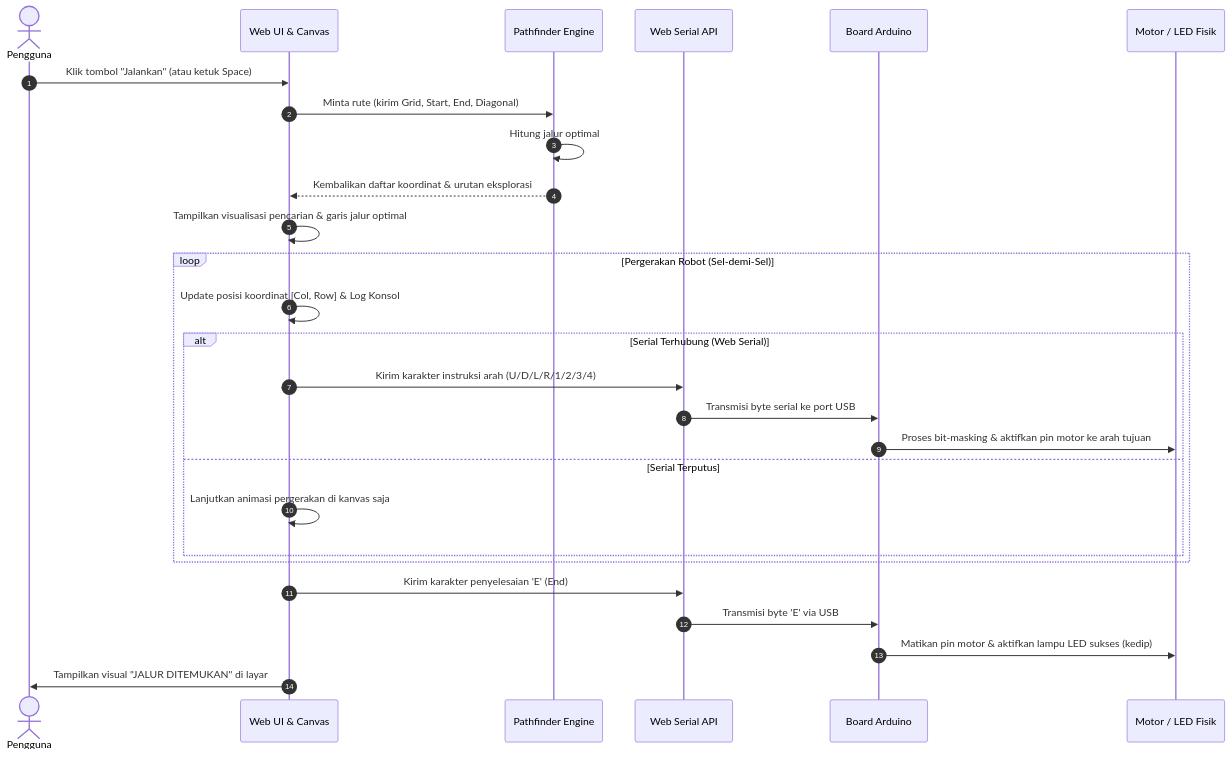
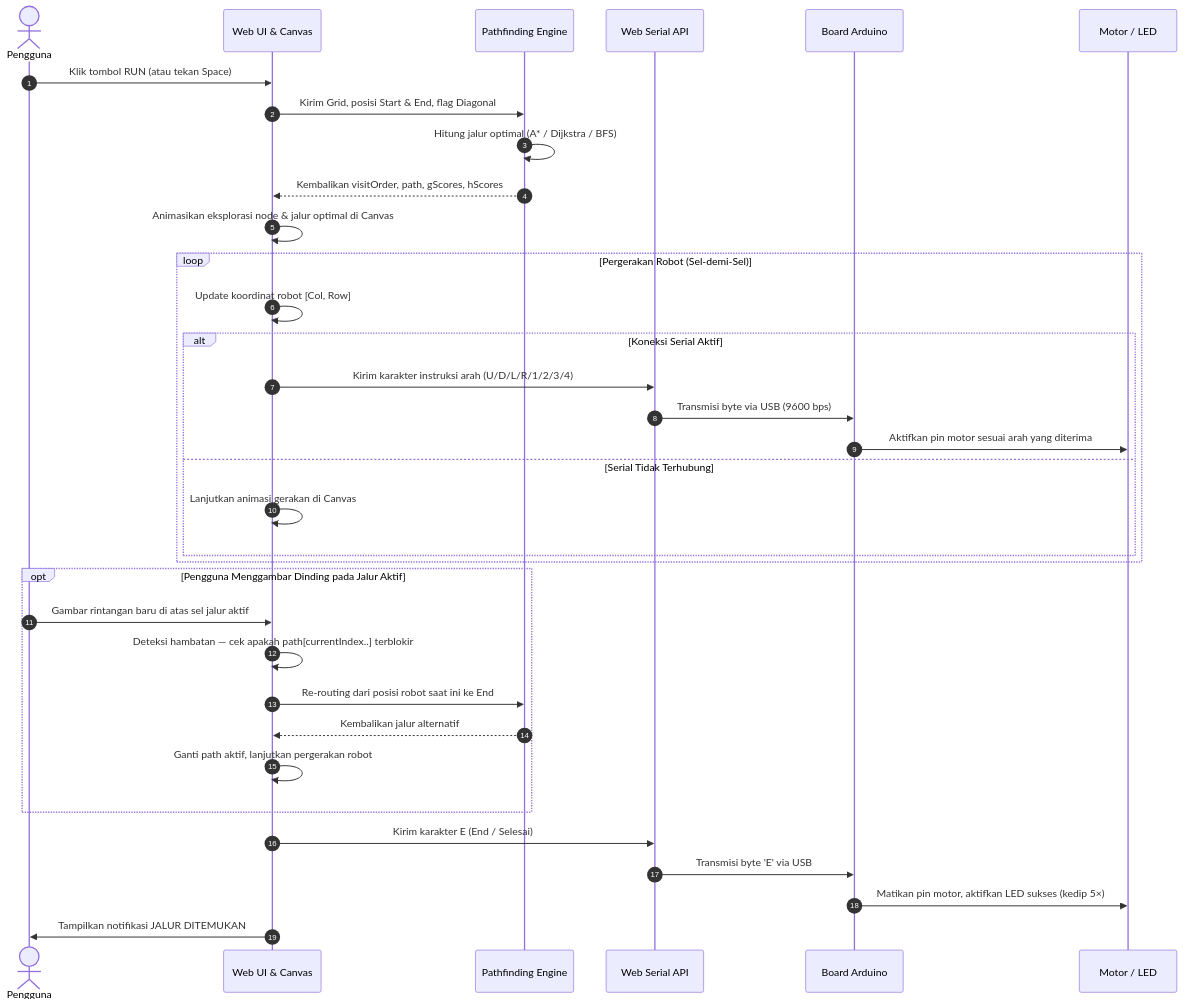
Before and after one commit to adnan-rabban/uas-arkom: the second of 3 diagrams in README.md, drawn with Mermaid. The commit also changed other lines of this file and 4 other files, not shown here.

Commit message:
feat & docs: fix Mermaid rendering in README and support Safari/Firefox via Virtual Serial Emulator

````diff
--- a/README.md
+++ b/README.md
@@ -110,32 +153,40 @@
 ```mermaid
 sequenceDiagram
     autonumber
     actor User as Pengguna
     participant WebUI as Web UI & Canvas
-    participant Solver as Pathfinder Engine
+    participant Solver as Pathfinding Engine
     participant Serial as Web Serial API
     participant Arduino as Board Arduino
-    participant Hardware as Motor / LED Fisik
+    participant Hardware as Motor / LED
 
-    User->>WebUI: Klik tombol "Jalankan" (atau ketuk Space)
-    WebUI->>Solver: Minta rute (kirim Grid, Start, End, Diagonal)
-    Solver->>Solver: Hitung jalur optimal
-    Solver-->>WebUI: Kembalikan daftar koordinat & urutan eksplorasi
-    WebUI->>WebUI: Tampilkan visualisasi pencarian & garis jalur optimal
-    
+    User->>WebUI: Klik tombol RUN (atau tekan Space)
+    WebUI->>Solver: Kirim Grid, posisi Start & End, flag Diagonal
+    Solver->>Solver: Hitung jalur optimal (A* / Dijkstra / BFS)
+    Solver-->>WebUI: Kembalikan visitOrder, path, gScores, hScores
+    WebUI->>WebUI: Animasikan eksplorasi node & jalur optimal di Canvas
+
     loop Pergerakan Robot (Sel-demi-Sel)
-        WebUI->>WebUI: Update posisi koordinat [Col, Row] & Log Konsol
-        alt Serial Terhubung (Web Serial)
+        WebUI->>WebUI: Update koordinat robot [Col, Row]
+        alt Koneksi Serial Aktif
             WebUI->>Serial: Kirim karakter instruksi arah (U/D/L/R/1/2/3/4)
-            Serial->>Arduino: Transmisi byte serial ke port USB
-            Arduino->>Hardware: Proses bit-masking & aktifkan pin motor ke arah tujuan
-        else Serial Terputus
-            WebUI->>WebUI: Lanjutkan animasi pergerakan di kanvas saja
+            Serial->>Arduino: Transmisi byte via USB (9600 bps)
+            Arduino->>Hardware: Aktifkan pin motor sesuai arah yang diterima
+        else Serial Tidak Terhubung
+            WebUI->>WebUI: Lanjutkan animasi gerakan di Canvas
         end
     end
-    
-    WebUI->>Serial: Kirim karakter penyelesaian 'E' (End)
+
+    opt Pengguna Menggambar Dinding pada Jalur Aktif
+        User->>WebUI: Gambar rintangan baru di atas sel jalur aktif
+        WebUI->>WebUI: Deteksi hambatan — cek apakah path[currentIndex..] terblokir
+        WebUI->>Solver: Re-routing dari posisi robot saat ini ke End
+        Solver-->>WebUI: Kembalikan jalur alternatif
+        WebUI->>WebUI: Ganti path aktif, lanjutkan pergerakan robot
+    end
+
+    WebUI->>Serial: Kirim karakter E (End / Selesai)
     Serial->>Arduino: Transmisi byte 'E' via USB
-    Arduino->>Hardware: Matikan pin motor & aktifkan lampu LED sukses (kedip)
-    WebUI->>User: Tampilkan visual "JALUR DITEMUKAN" di layar
+    Arduino->>Hardware: Matikan pin motor, aktifkan LED sukses (kedip 5×)
+    WebUI->>User: Tampilkan notifikasi JALUR DITEMUKAN
 ```
````
